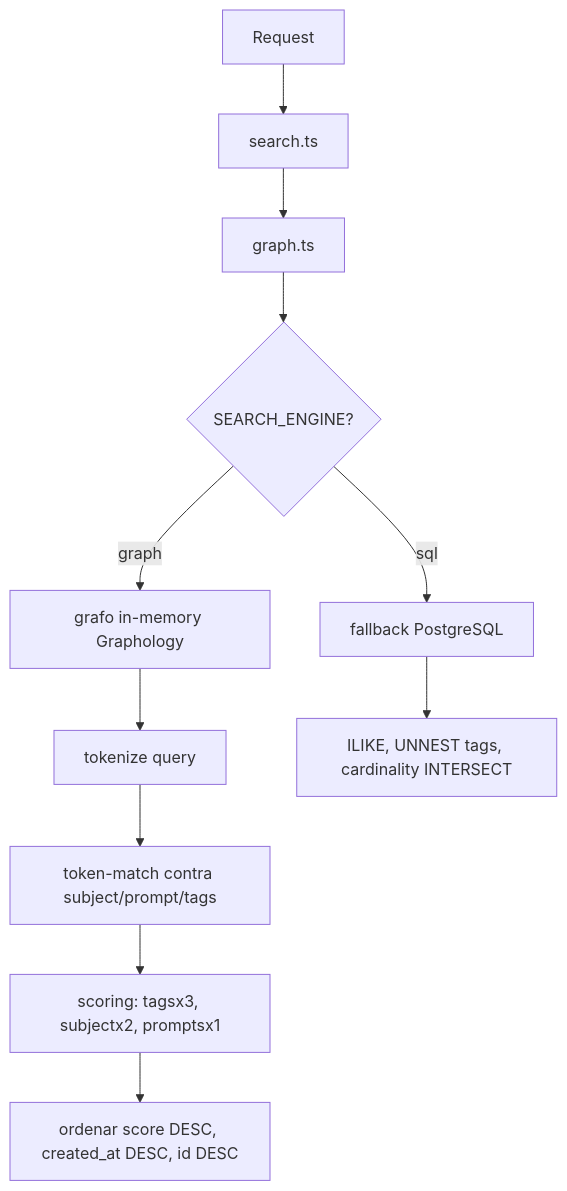
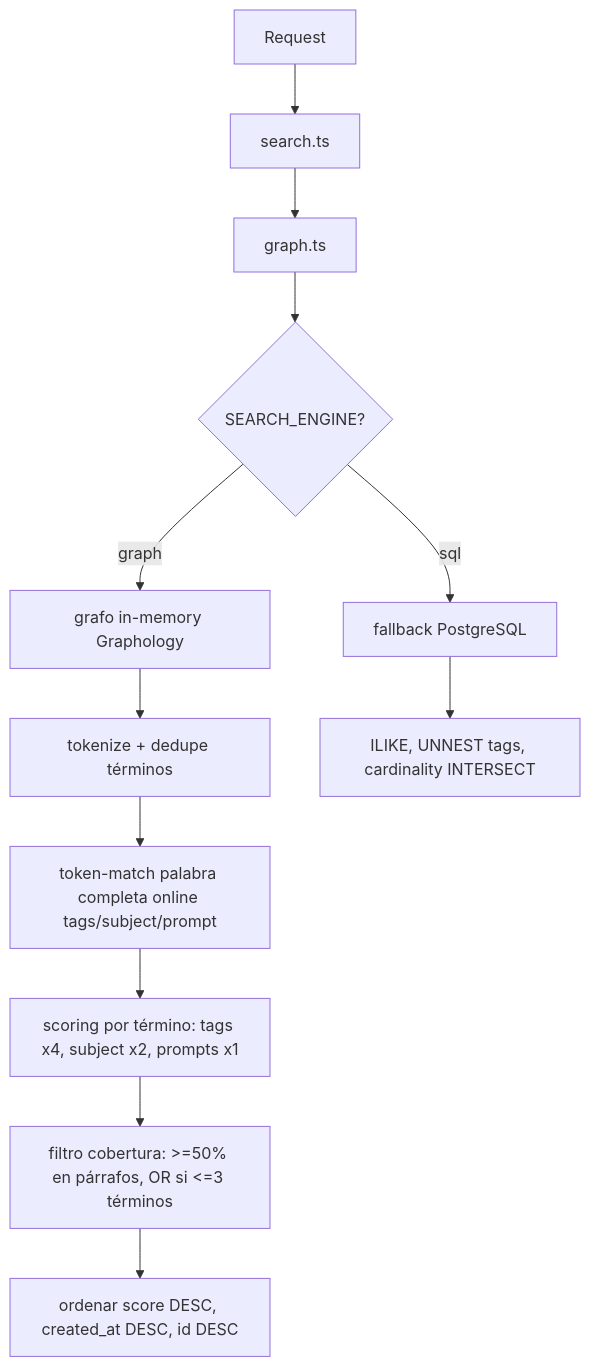
One commit to epimient/Buscador_grafos changed the first of 3 diagrams in docs/CHEATSHEET.md. Above: the diagram before and after it, drawn with Mermaid. The commit also changed other lines of this file and 10 other files, not shown here.

First line of the commit message:
feat: generador de dataset sintético + búsqueda por cobertura en párrafos

````diff
--- a/docs/CHEATSHEET.md
+++ b/docs/CHEATSHEET.md
@@ -49,13 +49,14 @@
 ```mermaid
 flowchart TD
     A[Request] --> B[search.ts]
     B --> C[graph.ts]
     C --> D{SEARCH_ENGINE?}
     D -->|graph| E[grafo in-memory Graphology]
-    E --> E1[tokenize query]
-    E1 --> E2[token-match contra subject/prompt/tags]
-    E2 --> E3["scoring: tagsx3, subjectx2, promptsx1"]
-    E3 --> E4[ordenar score DESC, created_at DESC, id DESC]
+    E --> E1["tokenize + dedupe términos"]
+    E1 --> E2["token-match palabra completa online tags/subject/prompt"]
+    E2 --> E3["scoring por término: tags x4, subject x2, prompts x1"]
+    E3 --> E4["filtro cobertura: >=50% en párrafos, OR si <=3 términos"]
+    E4 --> E5["ordenar score DESC, created_at DESC, id DESC"]
     D -->|sql| F[fallback PostgreSQL]
     F --> F1["ILIKE, UNNEST tags, cardinality INTERSECT"]
 ```
````
